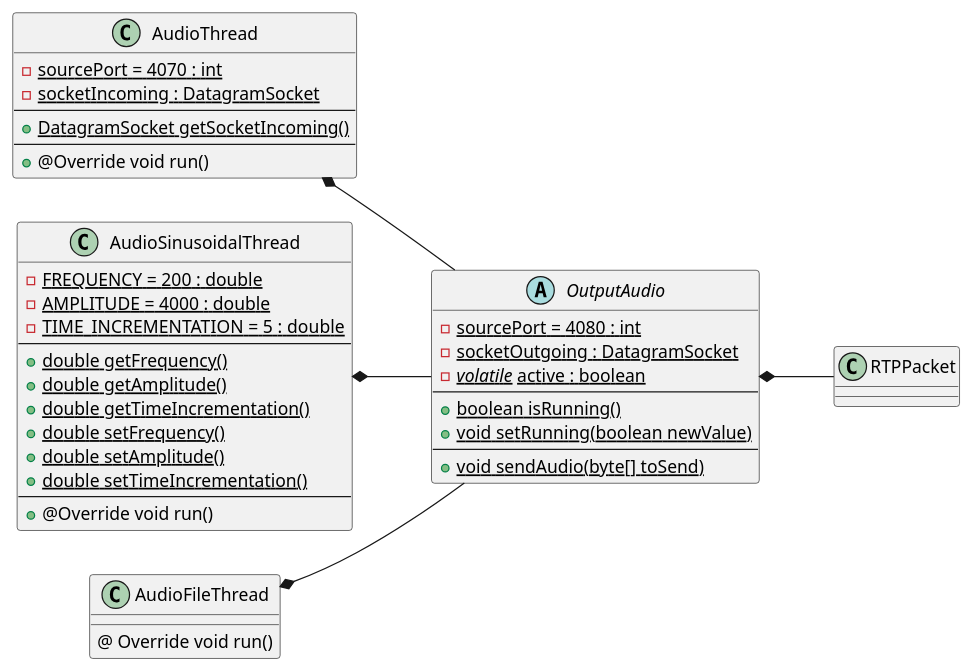
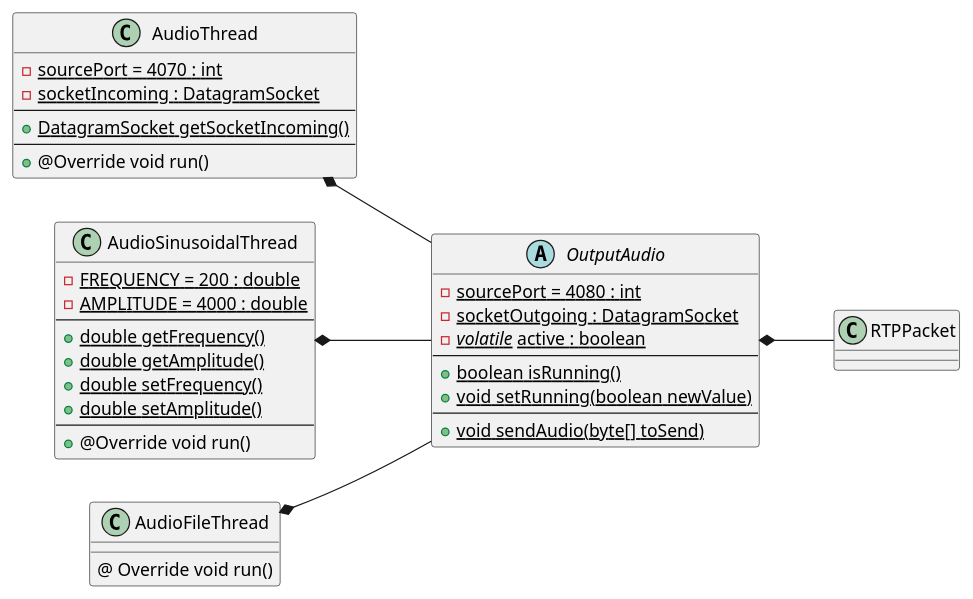
One commit to danielepelleg/VoIP changed the diagram in Documentation/UML Diagrams/Class Diagram/RTP Class Diagram.puml. Above: the diagram before and after it, drawn with PlantUML. The commit also changed 5 other files, not shown here.

Commit message:
Update Class Diagrams :100:

```diff
--- a/Documentation/UML Diagrams/Class Diagram/RTP Class Diagram.puml
+++ b/Documentation/UML Diagrams/Class Diagram/RTP Class Diagram.puml
@@ -1,50 +1,47 @@
 @startuml
 left to right direction
 abstract class OutputAudio{
     - {static} sourcePort = 4080 : int
     - {static} socketOutgoing : DatagramSocket
     - {static} <i>volatile</i> active : boolean
     --
     + {static} boolean isRunning()
     + {static} void setRunning(boolean newValue)
     --
     + {static} void sendAudio(byte[] toSend)
 }
 
 class AudioThread{
     - {static} sourcePort = 4070 : int
     - {static} socketIncoming : DatagramSocket
     --
     + {static} DatagramSocket getSocketIncoming()
     --
     + @Override void run()
 }
 
 class AudioSinusoidalThread{
     - {static} FREQUENCY = 200 : double
     - {static} AMPLITUDE = 4000 : double
-    - {static} TIME_INCREMENTATION = 5 : double
     --
     + {static} double getFrequency()
     + {static} double getAmplitude()
-    + {static} double getTimeIncrementation()
     + {static} double setFrequency()
     + {static} double setAmplitude()
-    + {static} double setTimeIncrementation()
     --
     + @Override void run()
 }
 
 class AudioFileThread{
     @ Override void run()
 }
 
 class RTPPacket{
 }
 
 AudioThread *-- OutputAudio
 AudioSinusoidalThread *-- OutputAudio
 AudioFileThread *-- OutputAudio
 OutputAudio *-- RTPPacket
 
 @enduml
```
